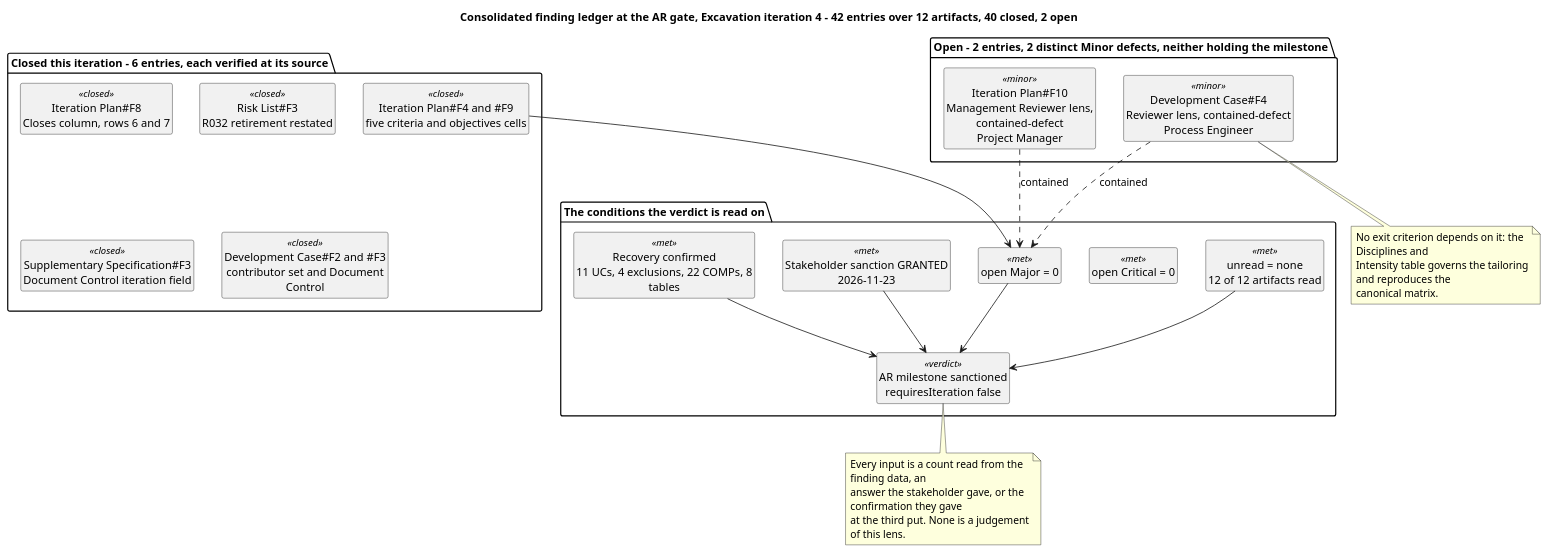
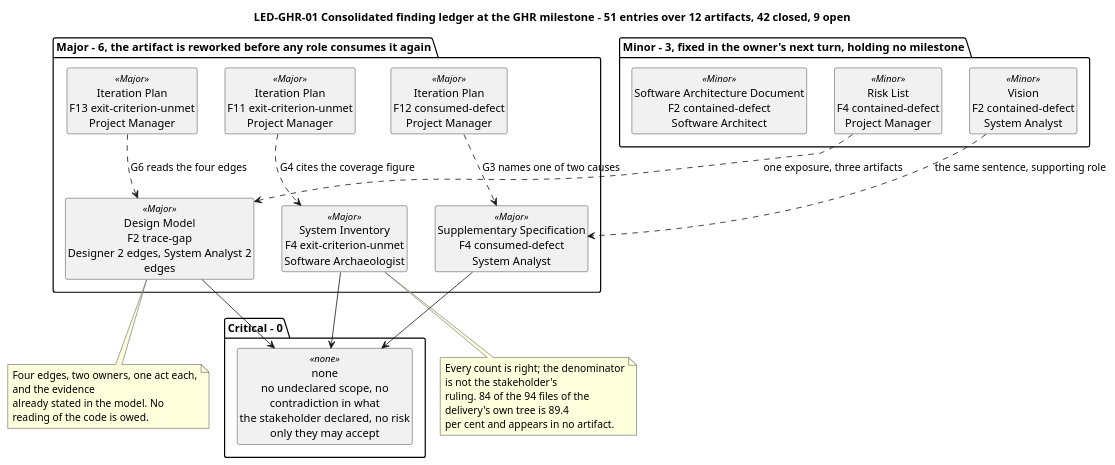
The fifth of 11 diagrams in docs/artifacts/project-management/review-record.md (banense-test/TodoApp), drawn with PlantUML before and after one commit. The commit also changed other lines of this file, not shown here.

````diff
--- a/docs/artifacts/project-management/review-record.md
+++ b/docs/artifacts/project-management/review-record.md
@@ -551,51 +553,47 @@
 ```plantuml
 @startuml
-title Consolidated finding ledger at the AR gate, Excavation iteration 4 - 42 entries over 12 artifacts, 40 closed, 2 open
+title LED-GHR-01 Consolidated finding ledger at the GHR milestone - 51 entries over 12 artifacts, 42 closed, 9 open
 skinparam shadowing false
 skinparam wrapWidth 235
 hide circle
 hide empty members
 
-package "The conditions the verdict is read on" {
-  class "unread = none\n12 of 12 artifacts read" as X1 <<met>>
-  class "open Critical = 0" as X2 <<met>>
-  class "open Major = 0" as X3 <<met>>
-  class "Stakeholder sanction GRANTED\n2026-11-23" as X4 <<met>>
-  class "Recovery confirmed\n11 UCs, 4 exclusions, 22 COMPs, 8 tables" as X5 <<met>>
-  class "AR milestone sanctioned\nrequiresIteration false" as V <<verdict>>
+package "Major - 6, the artifact is reworked before any role consumes it again" {
+  class "Design Model\nF2 trace-gap\nDesigner 2 edges, System Analyst 2 edges" as M1 <<Major>>
+  class "Supplementary Specification\nF4 consumed-defect\nSystem Analyst" as M2 <<Major>>
+  class "System Inventory\nF4 exit-criterion-unmet\nSoftware Archaeologist" as M3 <<Major>>
+  class "Iteration Plan\nF11 exit-criterion-unmet\nProject Manager" as M4 <<Major>>
+  class "Iteration Plan\nF12 consumed-defect\nProject Manager" as M5 <<Major>>
+  class "Iteration Plan\nF13 exit-criterion-unmet\nProject Manager" as M6 <<Major>>
 }
 
-package "Open - 2 entries, 2 distinct Minor defects, neither holding the milestone" {
-  class "Development Case#F4\nReviewer lens, contained-defect\nProcess Engineer" as M1 <<minor>>
-  class "Iteration Plan#F10\nManagement Reviewer lens, contained-defect\nProject Manager" as M2 <<minor>>
+package "Minor - 3, fixed in the owner's next turn, holding no milestone" {
+  class "Risk List\nF4 contained-defect\nProject Manager" as m1 <<Minor>>
+  class "Vision\nF2 contained-defect\nSystem Analyst" as m2 <<Minor>>
+  class "Software Architecture Document\nF2 contained-defect\nSoftware Architect" as m3 <<Minor>>
 }
 
-package "Closed this iteration - 6 entries, each verified at its source" {
-  class "Iteration Plan#F4 and #F9\nfive criteria and objectives cells" as C1 <<closed>>
-  class "Iteration Plan#F8\nCloses column, rows 6 and 7" as C2 <<closed>>
-  class "Risk List#F3\nR032 retirement restated" as C3 <<closed>>
-  class "Supplementary Specification#F3\nDocument Control iteration field" as C4 <<closed>>
-  class "Development Case#F2 and #F3\ncontributor set and Document Control" as C5 <<closed>>
+package "Critical - 0" {
+  class "none\nno undeclared scope, no contradiction in what\nthe stakeholder declared, no risk only they may accept" as C <<none>>
 }
 
-M1 ..> X3 : contained
-M2 ..> X3 : contained
-C1 --> X3
-X1 --> V
-X3 --> V
-X4 --> V
-X5 --> V
+M4 ..> M3 : G4 cites the coverage figure
+M5 ..> M2 : G3 names one of two causes
+M6 ..> M1 : G6 reads the four edges
+m1 ..> M1 : one exposure, three artifacts
+m2 ..> M2 : the same sentence, supporting role
+M1 --> C
+M2 --> C
+M3 --> C
 
-note bottom of V
-  Every input is a count read from the finding data, an
-  answer the stakeholder gave, or the confirmation they gave
-  at the third put. None is a judgement of this lens.
+note bottom of M1
+  Four edges, two owners, one act each, and the evidence
+  already stated in the model. No reading of the code is owed.
 end note
-note bottom of M1
-  No exit criterion depends on it: the Disciplines and
-  Intensity table governs the tailoring and reproduces the
-  canonical matrix.
+note bottom of M3
+  Every count is right; the denominator is not the stakeholder's
+  ruling. 84 of the 94 files of the delivery's own tree is 89.4
+  per cent and appears in no artifact.
 end note
-
 @enduml
 ```
````
